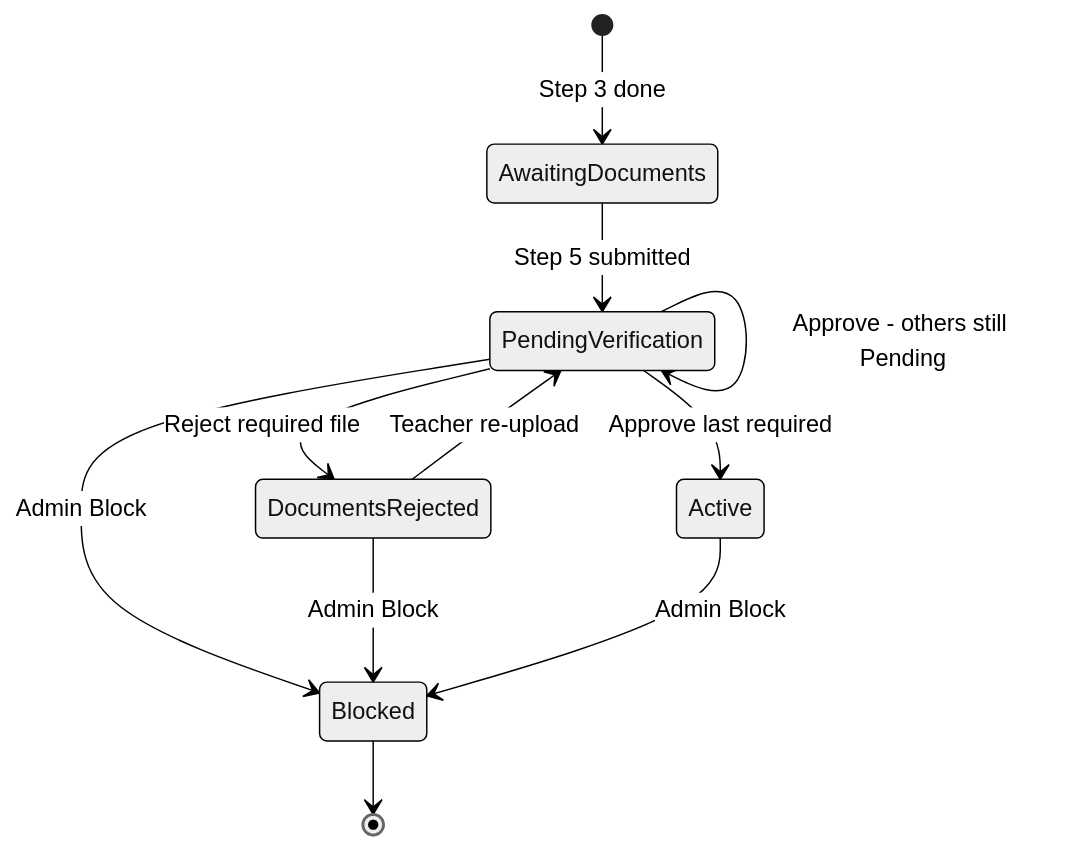
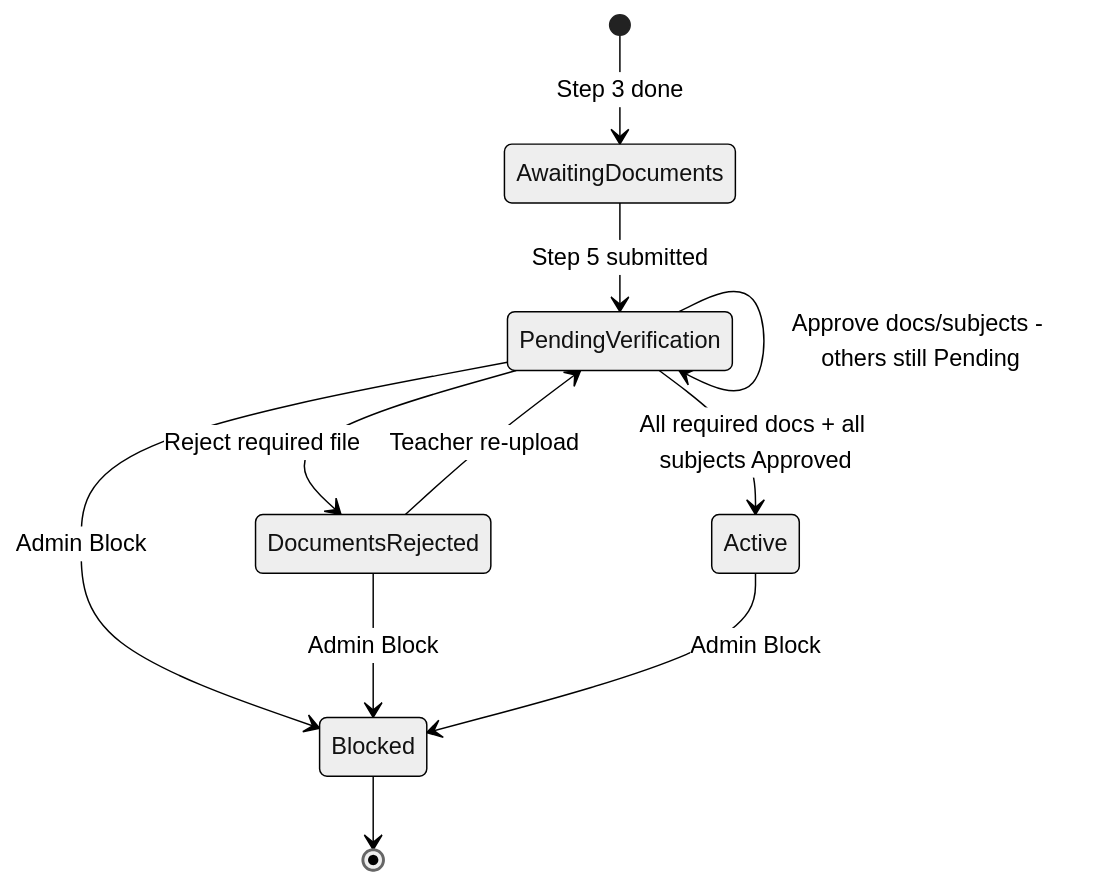
Before and after one commit to Mozaffer249/Qalam: the second of 2 diagrams in docs/Teacher-Registration-Guide.md, drawn with Mermaid (neutral theme). The commit also changed other lines of this file and 34 other files, not shown here.

````diff
--- a/docs/Teacher-Registration-Guide.md
+++ b/docs/Teacher-Registration-Guide.md
@@ -672,13 +670,14 @@
 ```mermaid
 stateDiagram-v2
   [*] --> AwaitingDocuments : Step 3 done
   AwaitingDocuments --> PendingVerification : Step 5 submitted
-  PendingVerification --> PendingVerification : Approve - others still Pending
-  PendingVerification --> Active : Approve last required
+  PendingVerification --> PendingVerification : Teacher adds subjects (Pending)
+  PendingVerification --> PendingVerification : Approve docs/subjects - others still Pending
+  PendingVerification --> Active : All required docs + all subjects Approved
   PendingVerification --> DocumentsRejected : Reject required file
   DocumentsRejected --> PendingVerification : Teacher re-upload
   PendingVerification --> Blocked : Admin Block
   DocumentsRejected --> Blocked : Admin Block
   Active --> Blocked : Admin Block
   Blocked --> [*]
 ```
````
